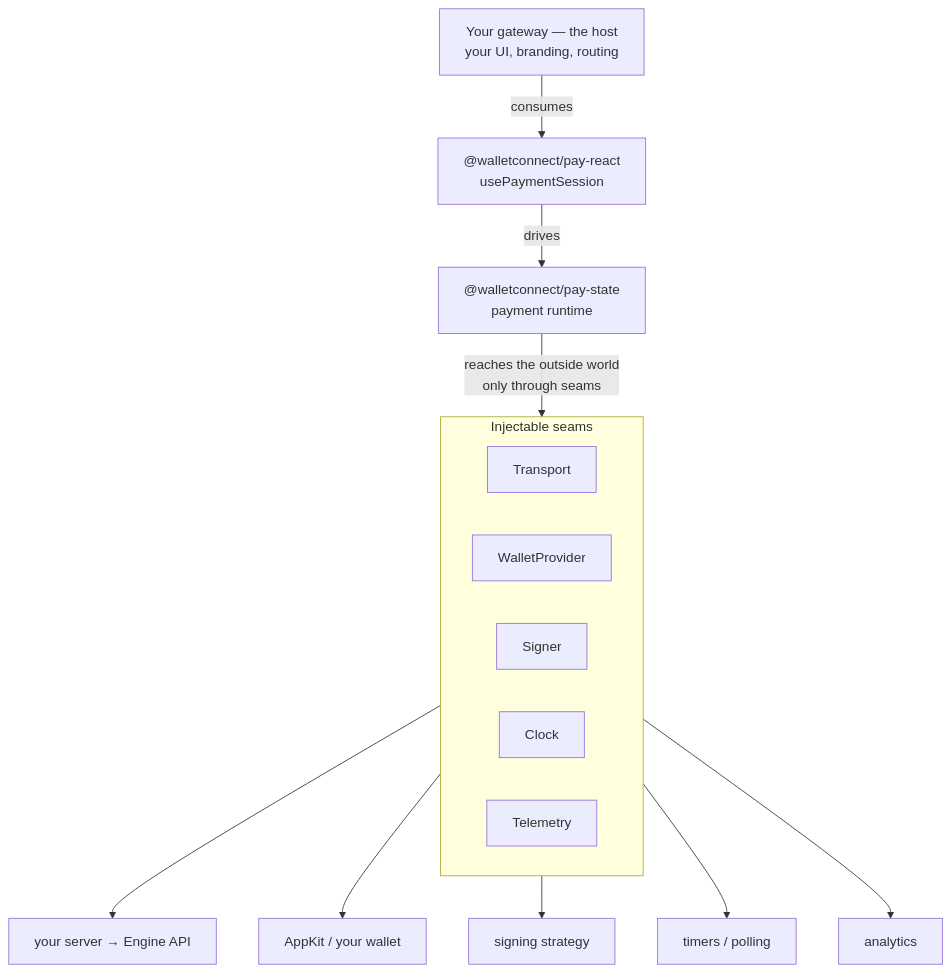
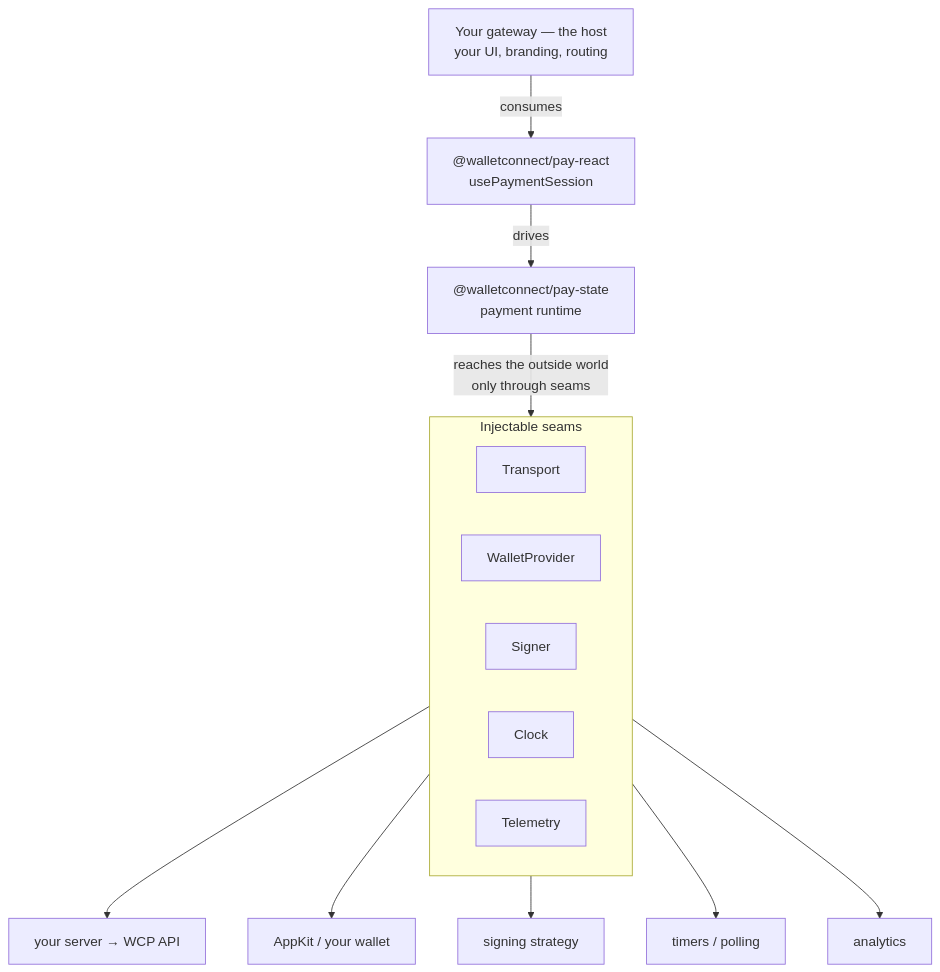
The first of 2 diagrams in payments/psps/headless-sdk/how-it-works.mdx (WalletConnect/docs), drawn with Mermaid before and after one commit. The commit also changed other lines of this file and 4 other files, not shown here.

First line of the commit message:
docs(headless-sdk): rename Engine to WCP across PSP docs

````diff
--- a/payments/psps/headless-sdk/how-it-works.mdx
+++ b/payments/psps/headless-sdk/how-it-works.mdx
@@ -40,25 +40,25 @@
 ```mermaid
 flowchart TD
     Host["Your gateway — the host<br/>your UI, branding, routing"]
     React["@walletconnect/pay-react<br/>usePaymentSession"]
     State["@walletconnect/pay-state<br/>payment runtime"]
 
     Host -->|consumes| React
     React -->|drives| State
     State -->|reaches the outside world<br/>only through seams| Seams
 
     subgraph Seams["Injectable seams"]
         direction LR
         Transport["Transport"]
         Wallet["WalletProvider"]
         Signer["Signer"]
         Clock["Clock"]
         Telemetry["Telemetry"]
     end
 
-    Transport --> T2["your server → Engine API"]
+    Transport --> T2["your server → WCP API"]
     Wallet --> W2["AppKit / your wallet"]
     Signer --> S2["signing strategy"]
     Clock --> C2["timers / polling"]
     Telemetry --> A2["analytics"]
 ```
````
